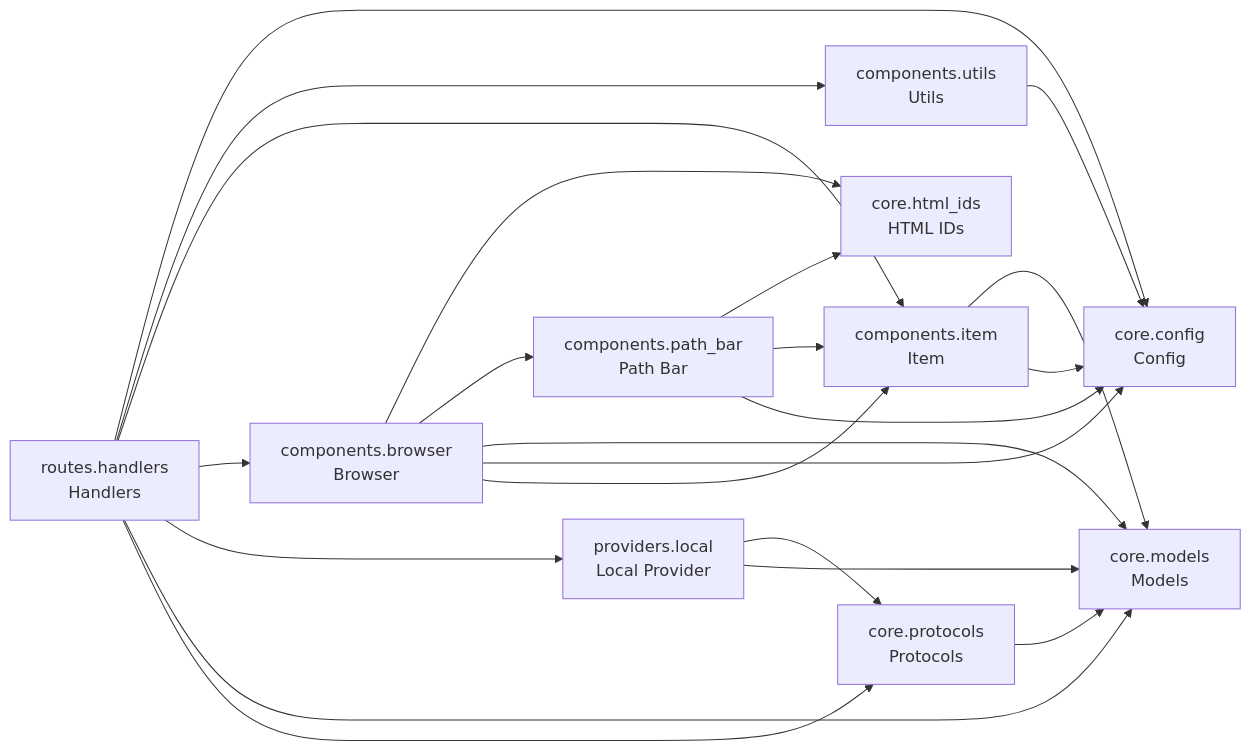
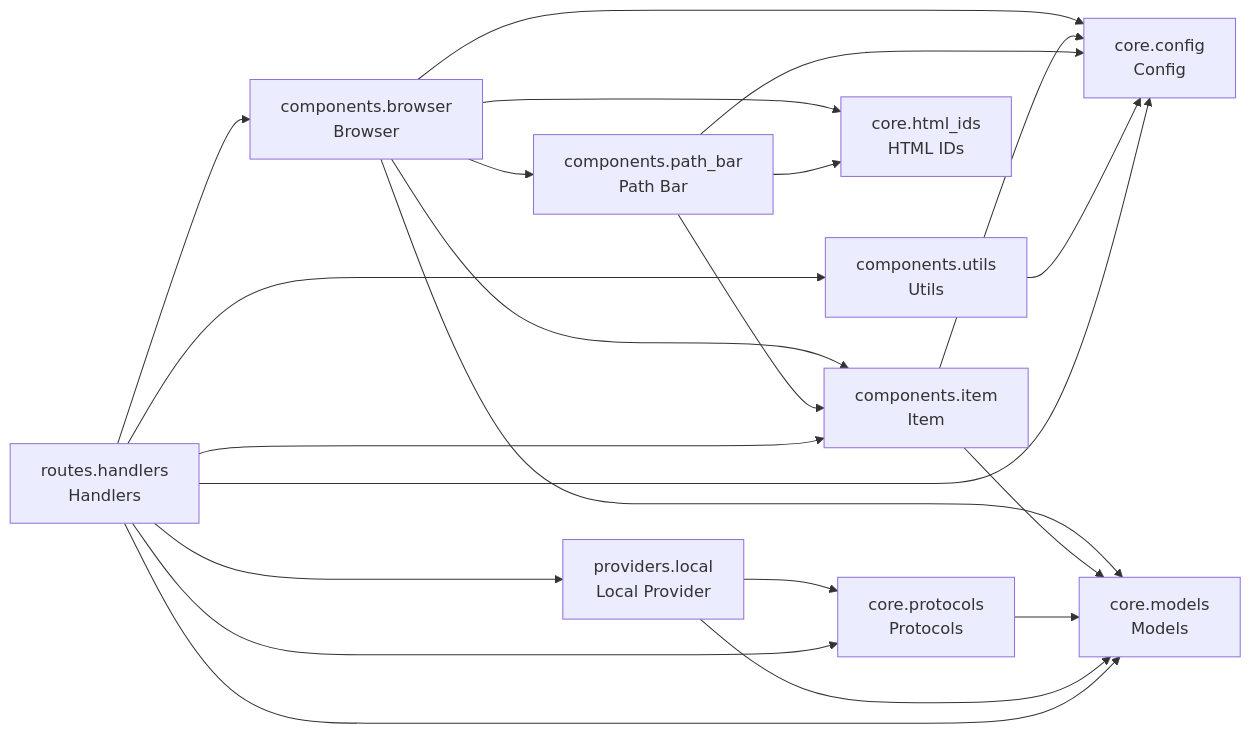
Before and after one commit to cj-mills/cjm-fasthtml-file-browser: the diagram in README.md, drawn with Mermaid. The commit also changed other lines of this file and 3 other files, not shown here.

````diff
--- a/README.md
+++ b/README.md
@@ -34,35 +34,35 @@
 ``` mermaid
 graph LR
     components_browser[components.browser<br/>Browser]
     components_item[components.item<br/>Item]
     components_path_bar[components.path_bar<br/>Path Bar]
     components_utils[components.utils<br/>Utils]
     core_config[core.config<br/>Config]
     core_html_ids[core.html_ids<br/>HTML IDs]
     core_models[core.models<br/>Models]
     core_protocols[core.protocols<br/>Protocols]
     providers_local[providers.local<br/>Local Provider]
     routes_handlers[routes.handlers<br/>Handlers]
 
+    components_browser --> core_config
+    components_browser --> components_path_bar
     components_browser --> core_html_ids
-    components_browser --> components_path_bar
     components_browser --> core_models
-    components_browser --> core_config
     components_browser --> components_item
+    components_item --> core_config
     components_item --> core_models
-    components_item --> core_config
+    components_path_bar --> core_config
+    components_path_bar --> components_item
     components_path_bar --> core_html_ids
-    components_path_bar --> components_item
-    components_path_bar --> core_config
     components_utils --> core_config
     core_protocols --> core_models
+    providers_local --> core_models
     providers_local --> core_protocols
-    providers_local --> core_models
     routes_handlers --> core_config
     routes_handlers --> components_utils
+    routes_handlers --> providers_local
     routes_handlers --> components_item
-    routes_handlers --> components_browser
-    routes_handlers --> providers_local
     routes_handlers --> core_models
     routes_handlers --> core_protocols
+    routes_handlers --> components_browser
 ```
````
